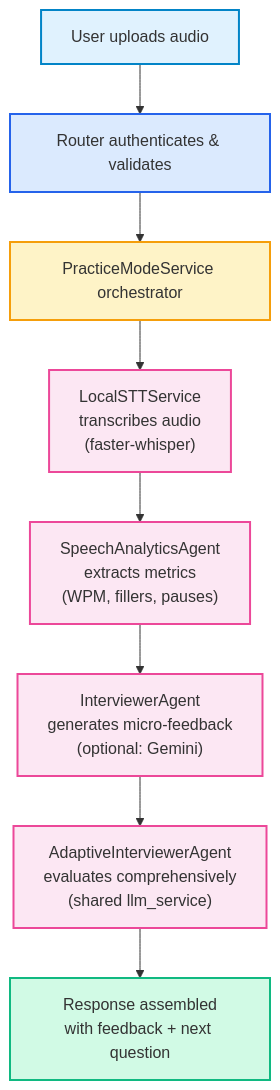
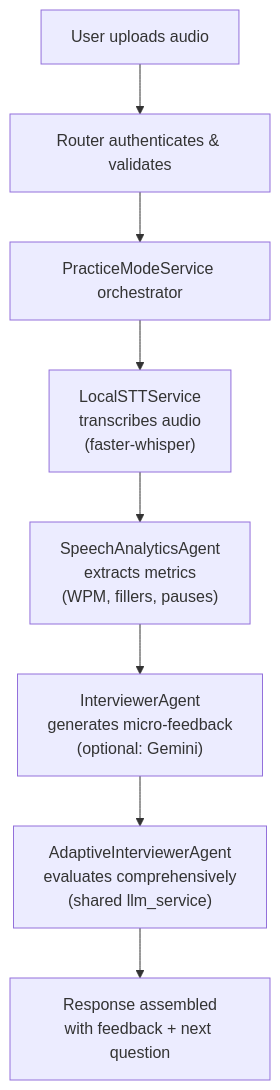
The second of 3 diagrams in Stratax_AI_Technical_Documentation.md (Varun-addh/Chat_Assistant), drawn with Mermaid before and after one commit. The commit also changed other lines of this file and 20 other files, not shown here.

````diff
--- a/Stratax_AI_Technical_Documentation.md
+++ b/Stratax_AI_Technical_Documentation.md
@@ -303,19 +293,10 @@
 ```mermaid
 graph TD
     A["User uploads audio"] --> B["Router authenticates & validates"]
     B --> C["PracticeModeService orchestrator"]
     C --> D["LocalSTTService<br/>transcribes audio<br/>(faster-whisper)"]
     D --> E["SpeechAnalyticsAgent<br/>extracts metrics<br/>(WPM, fillers, pauses)"]
     E --> F["InterviewerAgent<br/>generates micro-feedback<br/>(optional: Gemini)"]
     F --> G["AdaptiveInterviewerAgent<br/>evaluates comprehensively<br/>(shared llm_service)"]
     G --> H["Response assembled<br/>with feedback + next question"]
-    
-    style A fill:#e0f2fe,stroke:#0284c7,stroke-width:2px
-    style B fill:#dbeafe,stroke:#2563eb,stroke-width:2px
-    style C fill:#fef3c7,stroke:#f59e0b,stroke-width:2px
-    style D fill:#fce7f3,stroke:#ec4899,stroke-width:2px
-    style E fill:#fce7f3,stroke:#ec4899,stroke-width:2px
-    style F fill:#fce7f3,stroke:#ec4899,stroke-width:2px
-    style G fill:#fce7f3,stroke:#ec4899,stroke-width:2px
-    style H fill:#d1fae5,stroke:#10b981,stroke-width:2px
 ```
````
